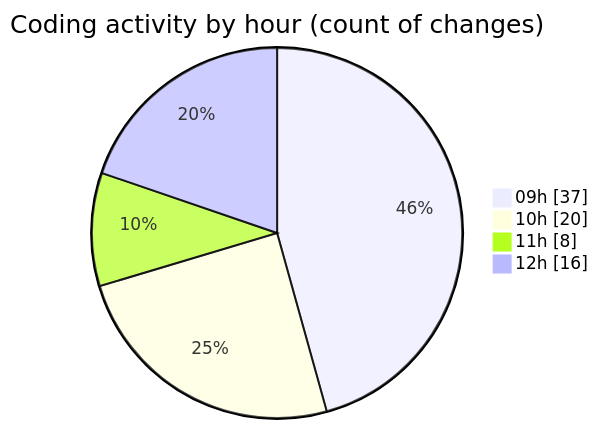
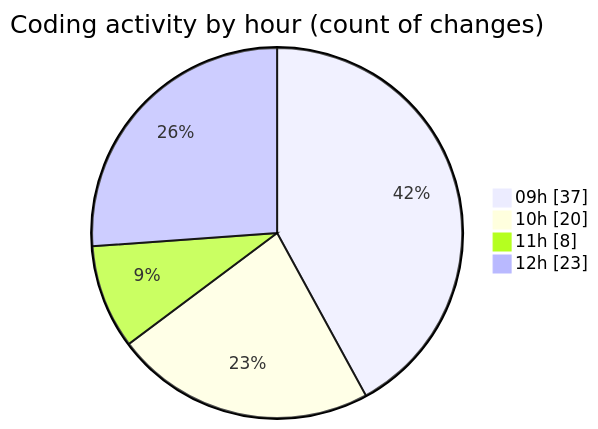
The second of 2 diagrams in 2026-05-08/cda/README.md (momahboobian/code-tracking), drawn with Mermaid before and after one commit. The commit also changed other lines of this file and 1 other file, not shown here.

````diff
--- a/2026-05-08/cda/README.md
+++ b/2026-05-08/cda/README.md
@@ -51,8 +51,8 @@
 ```mermaid
 pie showData
 title Coding activity by hour (count of changes)
 "09h" : 37
 "10h" : 20
 "11h" : 8
-"12h" : 16
+"12h" : 23
 ```
````
